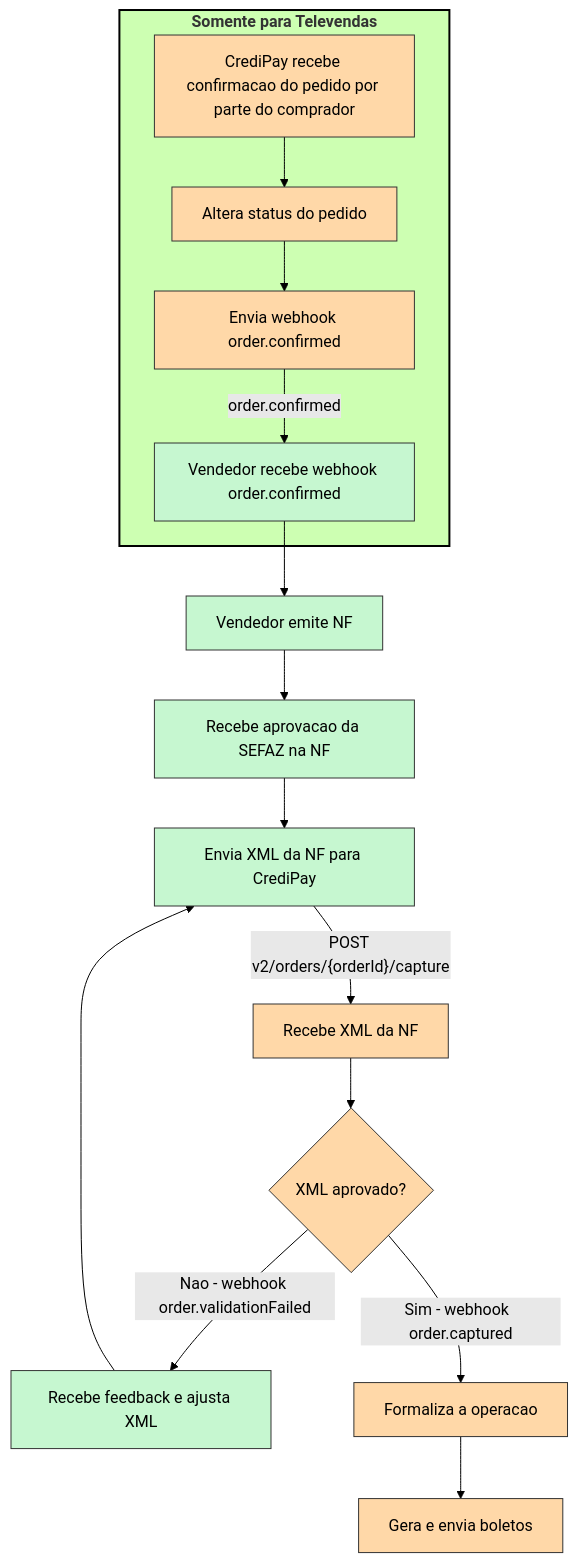
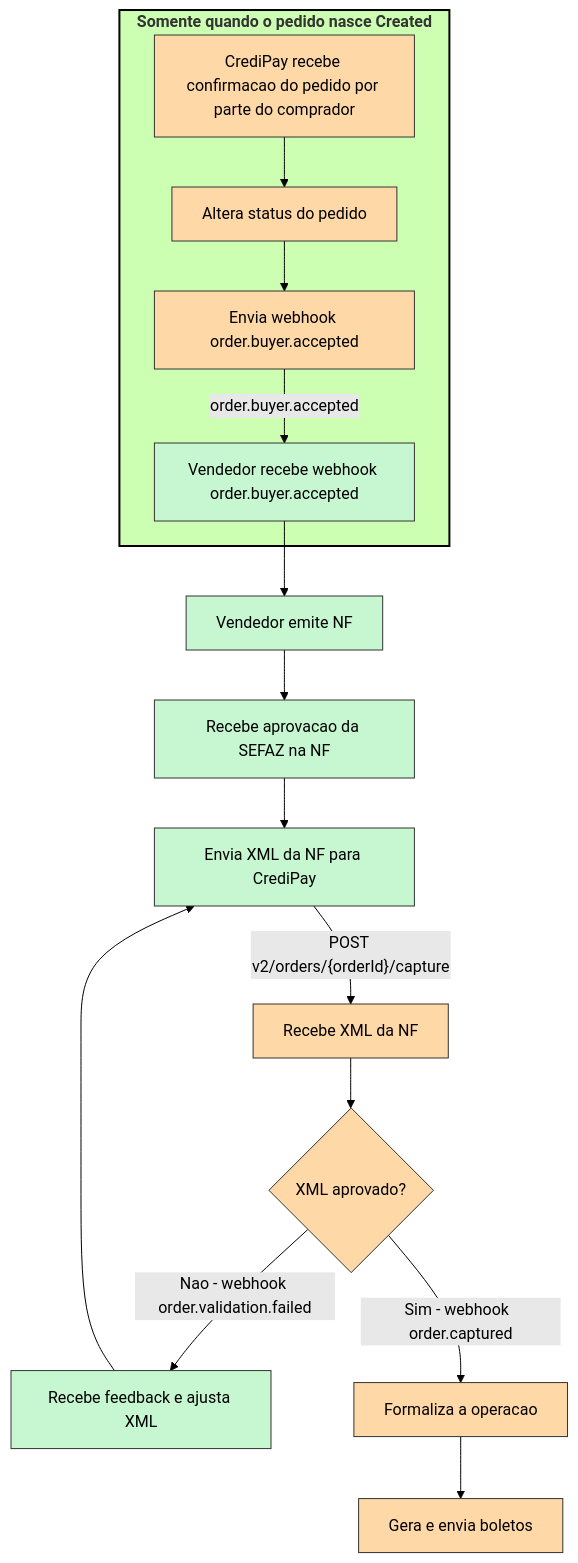
Before and after one commit to credix-finance/credipay-rdme-docs: the diagram in docs/INTEGRAÇÃO COMPLETA/módulos-de-integração-1/receber-confirmações-e-enviar-notas-fiscais/index.md, drawn with Mermaid (forest theme). The commit also changed other lines of this file, not shown here.

Commit message:
Updated "2. Formalização de pedido" in docs

````diff
--- a/docs/INTEGRAÇÃO COMPLETA/módulos-de-integração-1/receber-confirmações-e-enviar-notas-fiscais/index.md
+++ b/docs/INTEGRAÇÃO COMPLETA/módulos-de-integração-1/receber-confirmações-e-enviar-notas-fiscais/index.md
@@ -30,40 +37,40 @@
 ```mermaid
 flowchart TD
-    subgraph s1["<b>Somente para Televendas</b>"]
+    subgraph s1["<b>Somente quando o pedido nasce Created</b>"]
         n4["CrediPay recebe confirmacao do pedido por parte do comprador"]
         n5["Altera status do pedido"]
-        n7["Envia webhook order.confirmed"]
-        n6["Vendedor recebe webhook order.confirmed"]
+        n7["Envia webhook order.buyer.accepted"]
+        n6["Vendedor recebe webhook order.buyer.accepted"]
     end
     n4 --> n5
     n5 --> n7
-    n7 -- "order.confirmed" --> n6
+    n7 -- "order.buyer.accepted" --> n6
     n6 --> n8["Vendedor emite NF"]
     n8 --> n9["Recebe aprovacao da SEFAZ na NF"]
     n9 --> n10["Envia XML da NF para CrediPay"]
     n10 -- POST v2/orders/{orderId}/capture --> n11["Recebe XML da NF"]
     n11 --> n12{"XML aprovado?"}
-    n12 -- "Nao - webhook order.validationFailed" --> n13["Recebe feedback e ajusta XML"]
+    n12 -- "Nao - webhook order.validation.failed" --> n13["Recebe feedback e ajusta XML"]
     n12 -- "Sim - webhook  order.captured" --> n14["Formaliza a operacao"]
     n13 --> n10
     n14 --> n15["Gera e envia boletos"]
 
     n4:::credipay
     n5:::credipay
     n7:::credipay
     n6:::vendedor
     n8:::vendedor
     n9:::vendedor
     n10:::vendedor
     n11:::credipay
     n12:::credipay
     n13:::vendedor
     n14:::credipay
     n15:::credipay
 
     classDef vendedor fill:#C6F7D0,stroke:#333,stroke-width:1px,color:#000;
     classDef comprador fill:#C6F7D0,stroke:#333,stroke-width:1px,color:#000;
     classDef credipay fill:#FFD8A8,stroke:#333,stroke-width:1px,color:#000;
     style s1 stroke:#000000,stroke-width:2px
 
 ```
````
